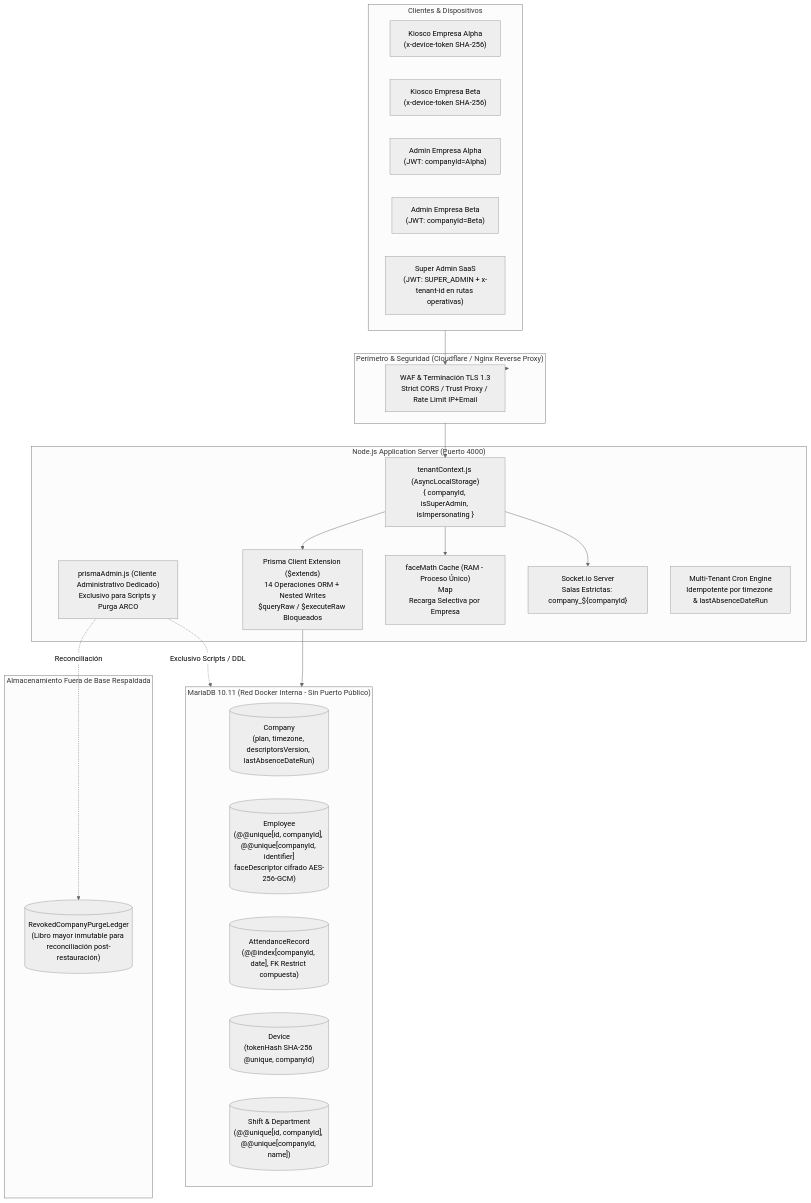
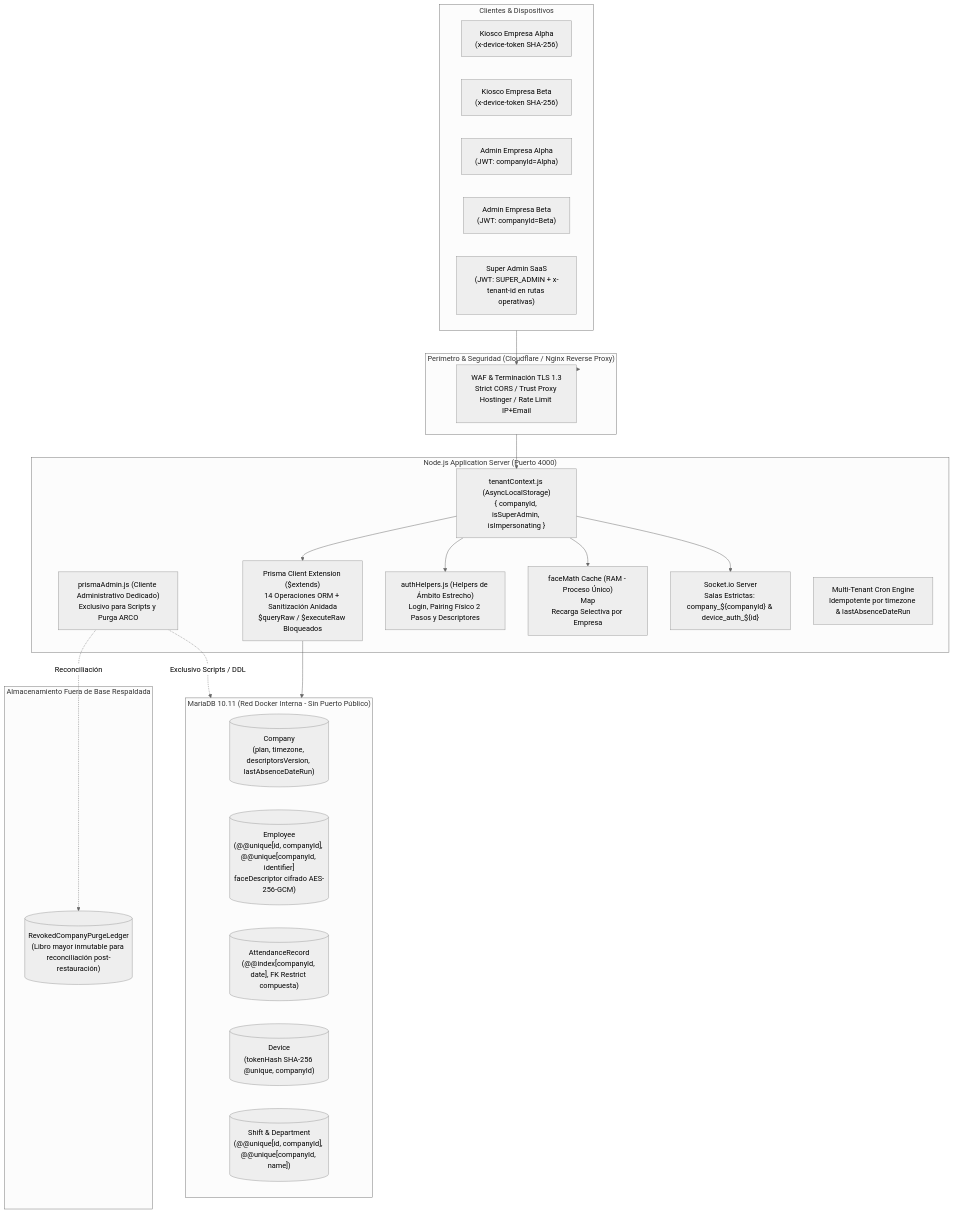
One commit to GabrielAvila5/ReconocimientoFPainProject changed the first of 2 diagrams in docs/saas/saas_multitenant_implementation_plan.md. Above: the diagram before and after it, drawn with Mermaid (neutral theme). The commit also changed other lines of this file and 10 other files, not shown here.

````diff
--- a/docs/saas/saas_multitenant_implementation_plan.md
+++ b/docs/saas/saas_multitenant_implementation_plan.md
@@ -13,42 +13,44 @@
 ```mermaid
 flowchart TB
     subgraph Edge["Perímetro & Seguridad (Cloudflare / Nginx Reverse Proxy)"]
-        WAF["WAF & Terminación TLS 1.3\nStrict CORS / Trust Proxy / Rate Limit IP+Email"]
+        WAF["WAF & Terminación TLS 1.3\nStrict CORS / Trust Proxy Hostinger / Rate Limit IP+Email"]
     end
 
     subgraph Clientes["Clientes & Dispositivos"]
         K1["Kiosco Empresa Alpha\n(x-device-token SHA-256)"]
         K2["Kiosco Empresa Beta\n(x-device-token SHA-256)"]
         A1["Admin Empresa Alpha\n(JWT: companyId=Alpha)"]
         A2["Admin Empresa Beta\n(JWT: companyId=Beta)"]
         SA["Super Admin SaaS\n(JWT: SUPER_ADMIN + x-tenant-id en rutas operativas)"]
     end
 
     subgraph AppServer["Node.js Application Server (Puerto 4000)"]
         ALS["tenantContext.js (AsyncLocalStorage)\n{ companyId, isSuperAdmin, isImpersonating }"]
-        PrismaExt["Prisma Client Extension ($extends)\n14 Operaciones ORM + Nested Writes\n$queryRaw / $executeRaw Bloqueados"]
+        PrismaExt["Prisma Client Extension ($extends)\n14 Operaciones ORM + Sanitización Anidada\n$queryRaw / $executeRaw Bloqueados"]
         PrismaAdmin["prismaAdmin.js (Cliente Administrativo Dedicado)\nExclusivo para Scripts y Purga ARCO"]
+        AuthHelpers["authHelpers.js (Helpers de Ámbito Estrecho)\nLogin, Pairing Físico 2 Pasos y Descriptores"]
         FaceRAM["faceMath Cache (RAM - Proceso Único)\nMap<companyId, Float32Array[]>\nRecarga Selectiva por Empresa"]
-        WSEngine["Socket.io Server\nSalas Estrictas: company_${companyId}"]
+        WSEngine["Socket.io Server\nSalas Estrictas: company_${companyId} & device_auth_${id}"]
         CronEngine["Multi-Tenant Cron Engine\nIdempotente por timezone & lastAbsenceDateRun"]
     end
 
     subgraph Storage["MariaDB 10.11 (Red Docker Interna - Sin Puerto Público)"]
         T_Company[("Company\n(plan, timezone, descriptorsVersion, lastAbsenceDateRun)")]
         T_Emp[("Employee\n(@@unique[id, companyId], @@unique[companyId, identifier]\nfaceDescriptor cifrado AES-256-GCM)")]
         T_Att[("AttendanceRecord\n(@@index[companyId, date], FK Restrict compuesta)")]
         T_Dev[("Device\n(tokenHash SHA-256 @unique, companyId)")]
         T_Shifts[("Shift & Department\n(@@unique[id, companyId], @@unique[companyId, name])")]
     end
 
     subgraph ExternalLedger["Almacenamiento Fuera de Base Respaldada"]
         LedgerFile[("RevokedCompanyPurgeLedger\n(Libro mayor inmutable para reconciliación post-restauración)")]
     end
 
     Clientes --> WAF --> Edge --> ALS
     ALS --> PrismaExt --> Storage
+    ALS --> AuthHelpers
     PrismaAdmin -.->|Exclusivo Scripts / DDL| Storage
     PrismaAdmin -.->|Reconciliación| LedgerFile
     ALS --> FaceRAM
     ALS --> WSEngine
 ```
````
